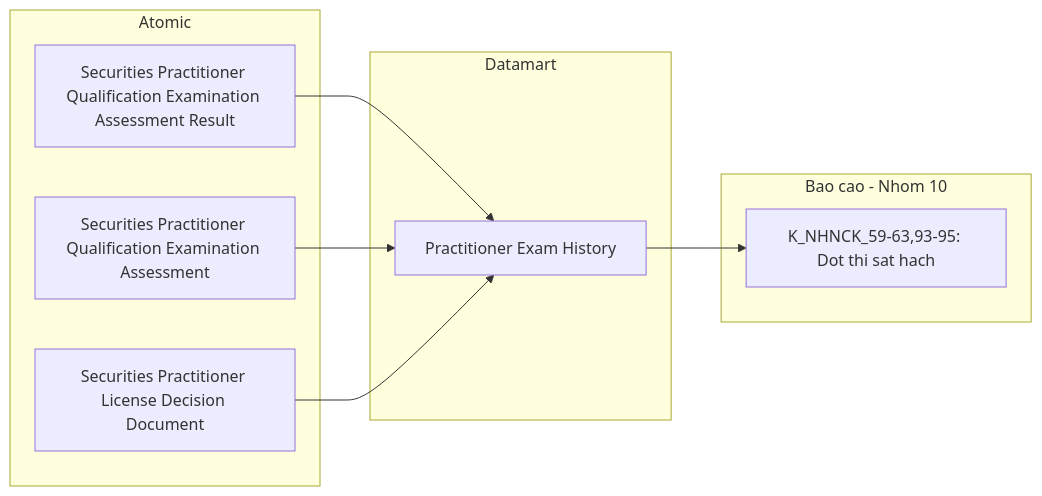
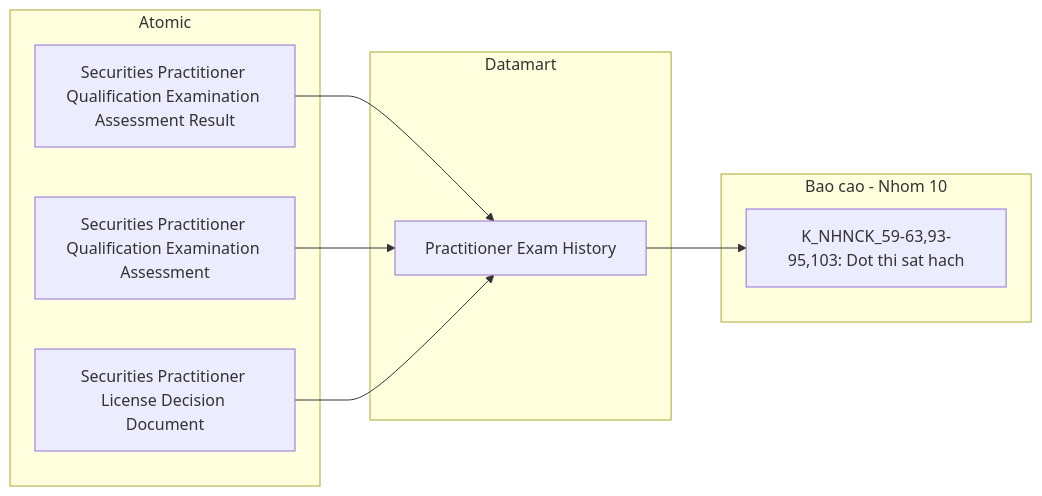
Diagram 33 of 40 in Datamart/hld/DTM_NHNCK_HLD.md (linhlvit/ubck_atomic_design), drawn with Mermaid before and after one commit. The commit also changed other lines of this file and 13 other files, not shown here.

````diff
--- a/Datamart/hld/DTM_NHNCK_HLD.md
+++ b/Datamart/hld/DTM_NHNCK_HLD.md
@@ -1388,18 +1392,18 @@
 ```mermaid
 flowchart LR
     subgraph SIL["Atomic"]
         SV1["Securities Practitioner Qualification Examination Assessment Result"]
         SV2["Securities Practitioner Qualification Examination Assessment"]
         SV3["Securities Practitioner License Decision Document"]
     end
     subgraph Datamart["Datamart"]
         G1["Practitioner Exam History"]
     end
     subgraph RPT["Bao cao - Nhom 10"]
-        R1["K_NHNCK_59-63,93-95: Dot thi sat hach"]
+        R1["K_NHNCK_59-63,93-95,103: Dot thi sat hach"]
     end
     SV1 --> G1
     SV2 --> G1
     SV3 --> G1
     G1 --> R1
 ```
````
